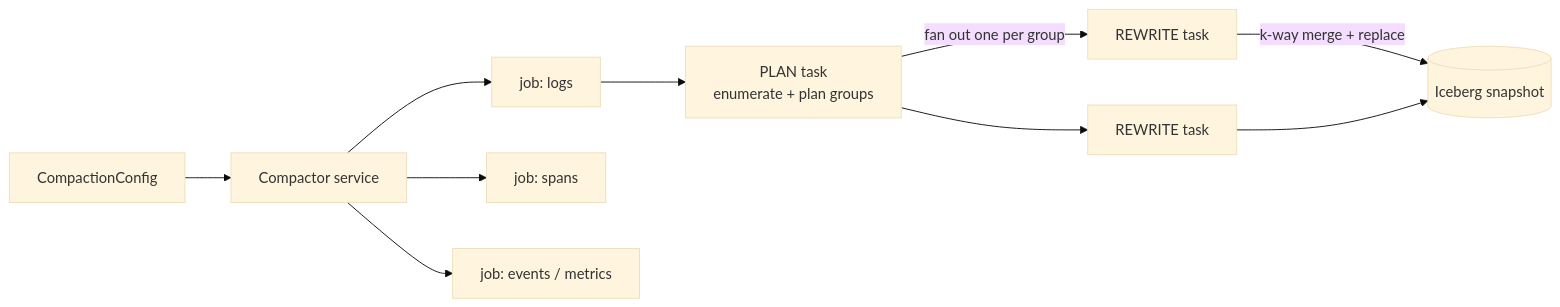
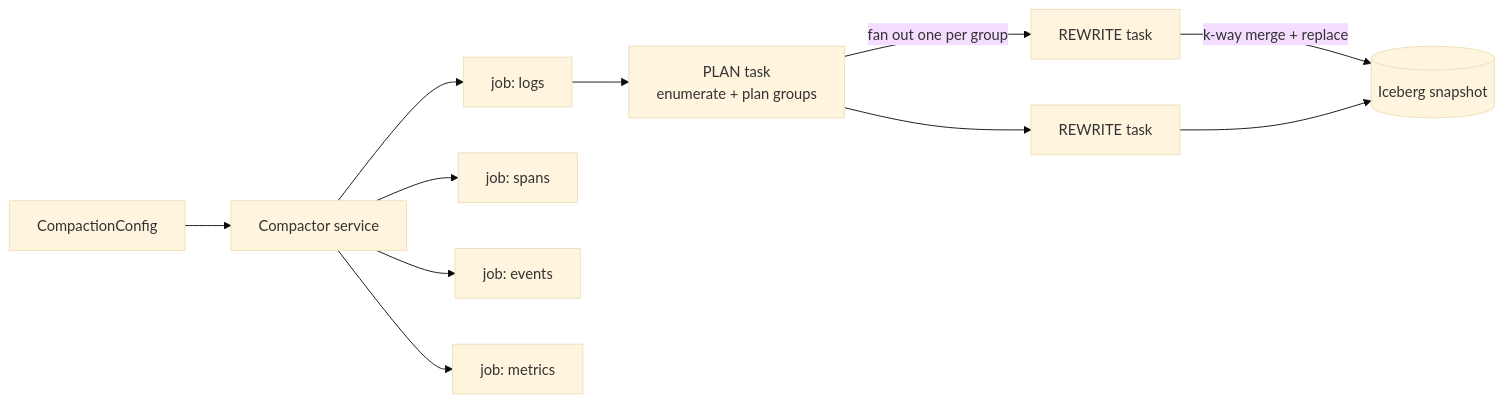
One commit to icegatetech/icegate changed the first of 3 diagrams in crates/icegate-maintain/src/compact/README.md. Above: the diagram before and after it, drawn with Mermaid (base theme). The commit also changed other lines of this file and 3 other files, not shown here.

````diff
--- a/crates/icegate-maintain/src/compact/README.md
+++ b/crates/icegate-maintain/src/compact/README.md
@@ -19,12 +19,13 @@
 ```mermaid
 flowchart LR
     CFG[CompactionConfig] --> CMP[Compactor service]
     CMP --> J1[job: logs]
     CMP --> J2[job: spans]
-    CMP --> J3[job: events / metrics]
+    CMP --> J3[job: events]
+    CMP --> J4[job: metrics]
     J1 --> P[PLAN task<br/>enumerate + plan groups]
     P -->|fan out one per group| R1[REWRITE task]
     P --> R2[REWRITE task]
     R1 -->|k-way merge + replace| IC[(Iceberg snapshot)]
     R2 --> IC
 ```
````
